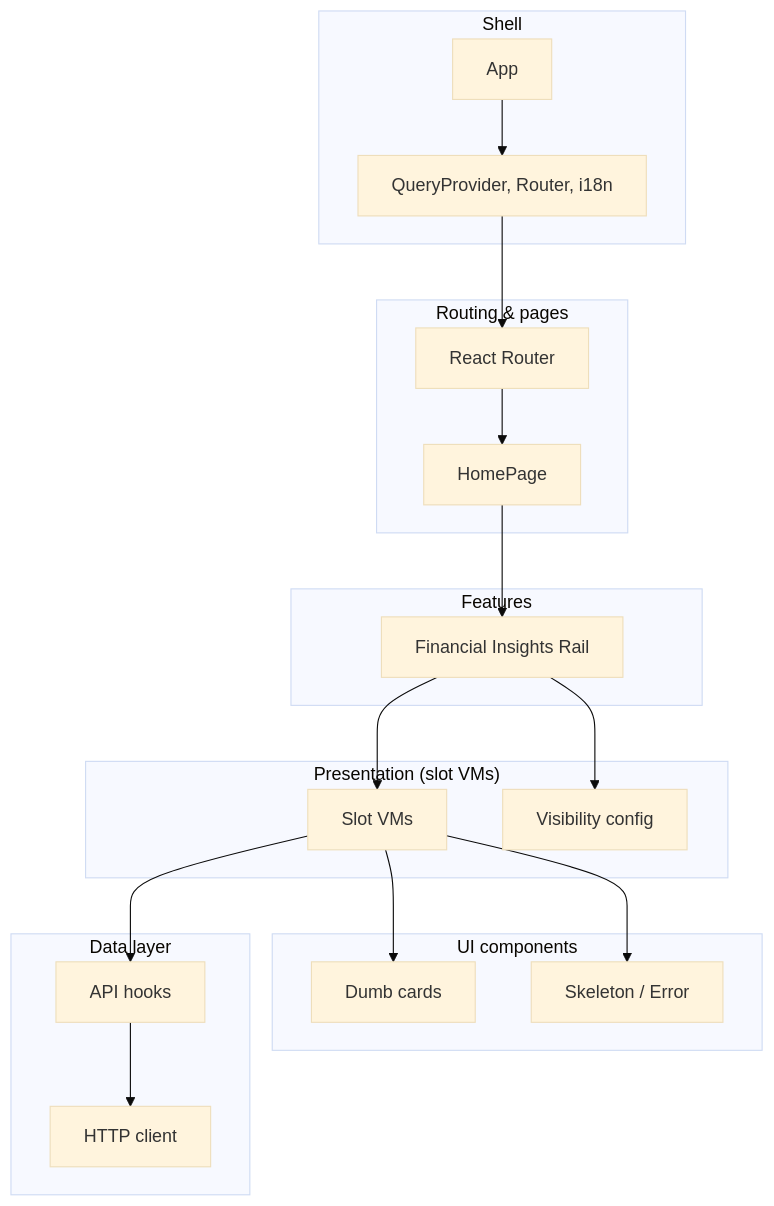
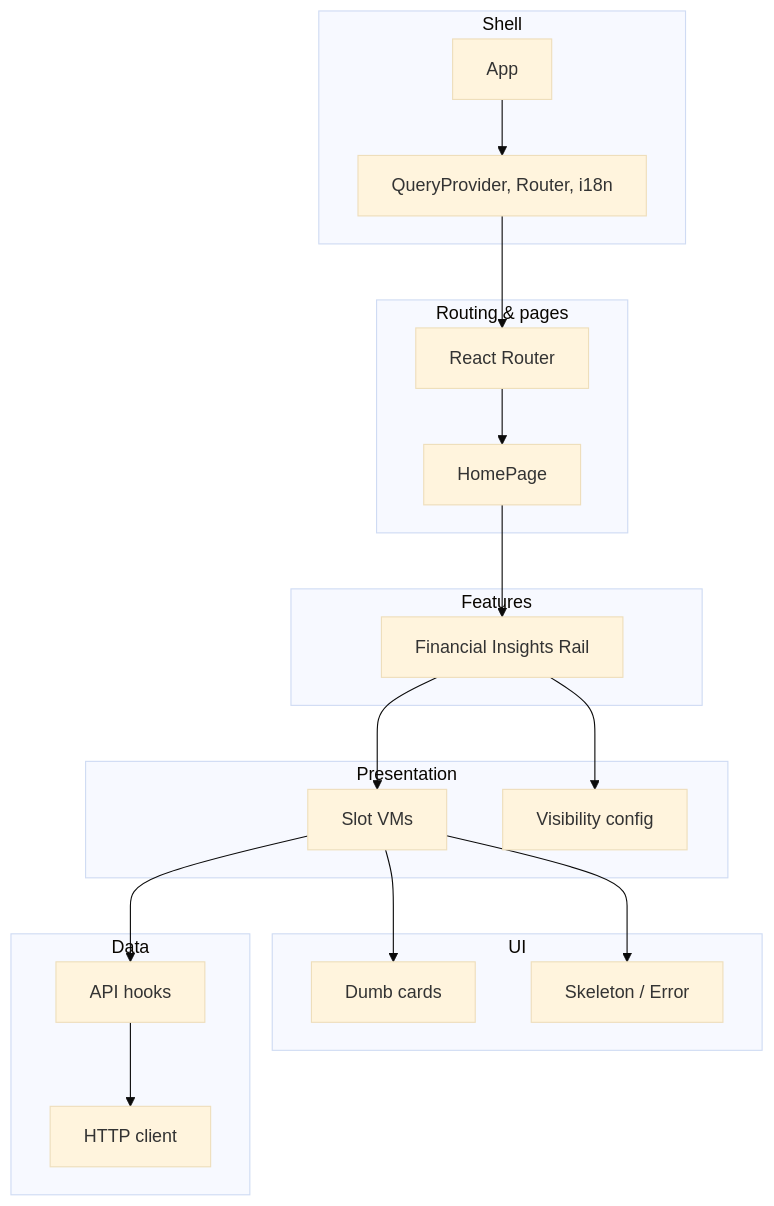
Before and after one commit to AleksandrYahno/financial-insights-widget: the diagram in README.md, drawn with Mermaid (base theme). The commit also changed other lines of this file and 13 other files, not shown here.

````diff
--- a/README.md
+++ b/README.md
@@ -130,42 +41,36 @@
 ```mermaid
 flowchart TB
   subgraph Shell["Shell"]
     App[App]
     Providers[QueryProvider, Router, i18n]
   end
-
   subgraph Routing["Routing & pages"]
     Router[React Router]
     HomePage[HomePage]
   end
-
   subgraph Features["Features"]
     Rail[Financial Insights Rail]
   end
-
-  subgraph Presentation["Presentation (slot VMs)"]
+  subgraph Presentation["Presentation"]
     VM[Slot VMs]
     Config[Visibility config]
   end
-
-  subgraph UI["UI components"]
+  subgraph UI["UI"]
     Cards[Dumb cards]
     Skeleton[Skeleton / Error]
   end
-
-  subgraph Data["Data layer"]
+  subgraph Data["Data"]
     Hooks[API hooks]
     HTTP[HTTP client]
   end
-
   App --> Providers
   Providers --> Router
   Router --> HomePage
   HomePage --> Rail
   Rail --> Config
   Rail --> VM
   VM --> Hooks
   VM --> Cards
   VM --> Skeleton
   Hooks --> HTTP
 ```
````
